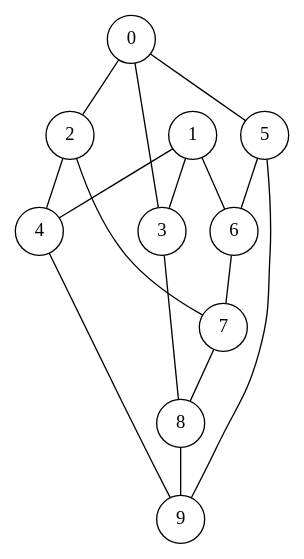
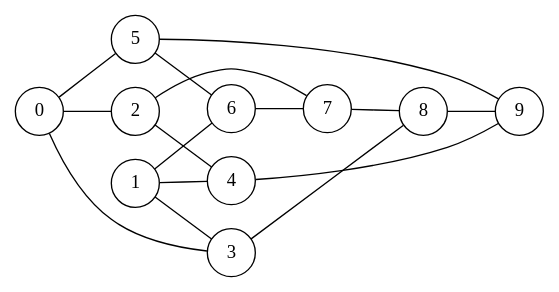
Before and after one commit to majkser/AiSD2: the diagram in zestaw10/ZadanieA/g2.dot, drawn with Graphviz. The commit also changed 5 other files, not shown here.

Commit message:
fix: images of the graphs

```diff
--- a/zestaw10/ZadanieA/g2.dot
+++ b/zestaw10/ZadanieA/g2.dot
@@ -1,18 +1,29 @@
-graph G {
+graph g2 {
   node [shape=circle];
+  rankdir=LR;
+  0;
+  1;
+  2;
+  3;
+  4;
+  5;
+  6;
+  7;
+  8;
+  9;
   0 -- 2;
   0 -- 3;
   0 -- 5;
   1 -- 3;
   1 -- 4;
   1 -- 6;
   2 -- 4;
   2 -- 7;
   3 -- 8;
   4 -- 9;
   5 -- 6;
   5 -- 9;
   6 -- 7;
   7 -- 8;
   8 -- 9;
 }
```
